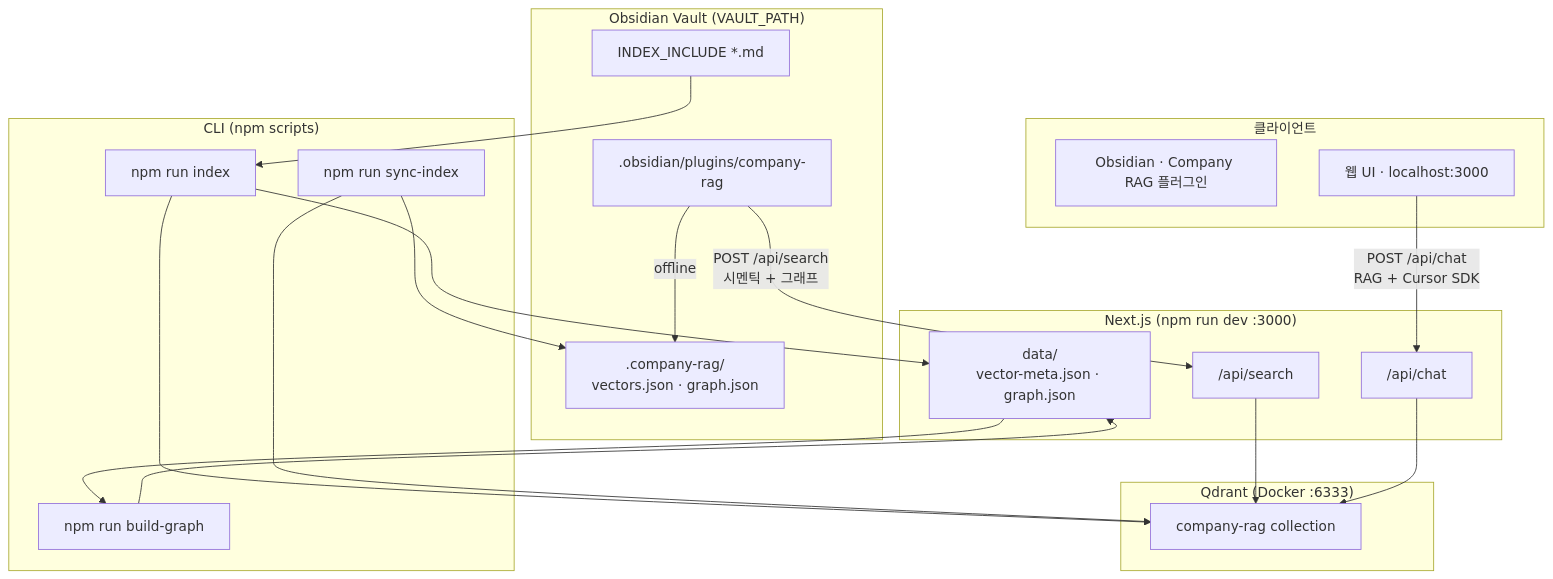
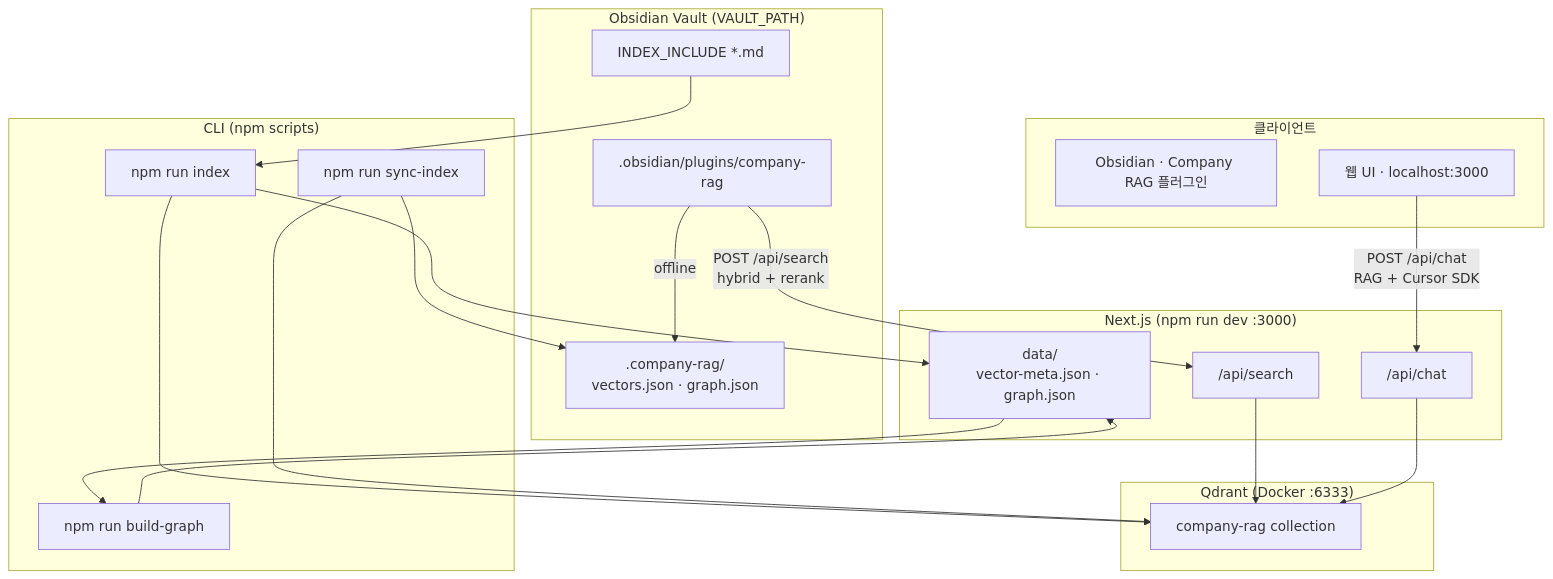
One commit to LEEHEEWON123/obsidian_chat_bot changed the first of 2 diagrams in README.md. Above: the diagram before and after it, drawn with Mermaid. The commit also changed other lines of this file and 12 other files, not shown here.

First line of the commit message:
Add hybrid retrieval and BGE rerank for v0.3 RAG pipeline.

````diff
--- a/README.md
+++ b/README.md
@@ -13,43 +15,43 @@
 ```mermaid
 flowchart TB
   subgraph vault["Obsidian Vault (VAULT_PATH)"]
     MD["INDEX_INCLUDE *.md"]
     RAG[".company-rag/<br/>vectors.json · graph.json"]
     PLG[".obsidian/plugins/company-rag"]
   end
 
   subgraph cli["CLI (npm scripts)"]
     IDX["npm run index"]
     BG["npm run build-graph"]
     SYNC["npm run sync-index"]
   end
 
   subgraph qdrant["Qdrant (Docker :6333)"]
     VEC["company-rag collection"]
   end
 
   subgraph server["Next.js (npm run dev :3000)"]
     SEARCH["/api/search"]
     CHAT["/api/chat"]
     META["data/<br/>vector-meta.json · graph.json"]
   end
 
   subgraph clients["클라이언트"]
     OBS["Obsidian · Company RAG 플러그인"]
     WEB["웹 UI · localhost:3000"]
   end
 
   MD --> IDX
   IDX --> VEC
   IDX --> META
   BG --> META
   SYNC --> VEC
   SYNC --> RAG
   META --> BG
 
-  PLG -->|"POST /api/search<br/>시멘틱 + 그래프"| SEARCH
+  PLG -->|"POST /api/search<br/>hybrid + rerank"| SEARCH
   PLG -->|"offline"| RAG
   SEARCH --> VEC
   WEB -->|"POST /api/chat<br/>RAG + Cursor SDK"| CHAT
   CHAT --> VEC
 ```
````
